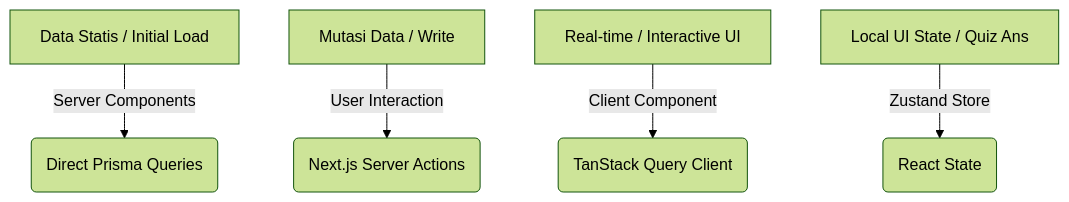
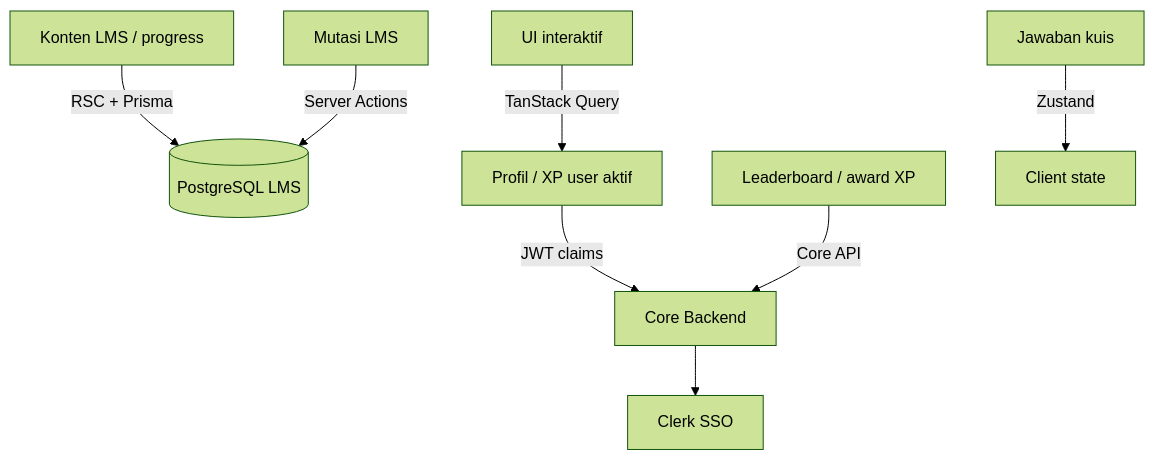
The diagram in docs/ARCHITECTURE.md (Webekspres/jepangkuLMS), drawn with Mermaid (forest theme) before and after one commit. The commit also changed other lines of this file and 21 other files, not shown here.

````diff
--- a/docs/ARCHITECTURE.md
+++ b/docs/ARCHITECTURE.md
@@ -115,7 +114,10 @@
 ```mermaid
 graph TD
-    A[Data Statis / Initial Load] -->|Server Components| B(Direct Prisma Queries)
-    C[Mutasi Data / Write] -->|User Interaction| D(Next.js Server Actions)
-    E[Real-time / Interactive UI] -->|Client Component| F(TanStack Query Client)
-    G[Local UI State / Quiz Ans] -->|Zustand Store| H(React State)
+    A[Konten LMS / progress] -->|RSC + Prisma| B[(PostgreSQL LMS)]
+    P[Profil / XP user aktif] -->|JWT claims| C[Core Backend]
+    L[Leaderboard / award XP] -->|Core API| C
+    C --> Clerk[Clerk SSO]
+    D[Mutasi LMS] -->|Server Actions| B
+    E[UI interaktif] -->|TanStack Query| P
+    F[Jawaban kuis] -->|Zustand| G[Client state]
 ```
````
